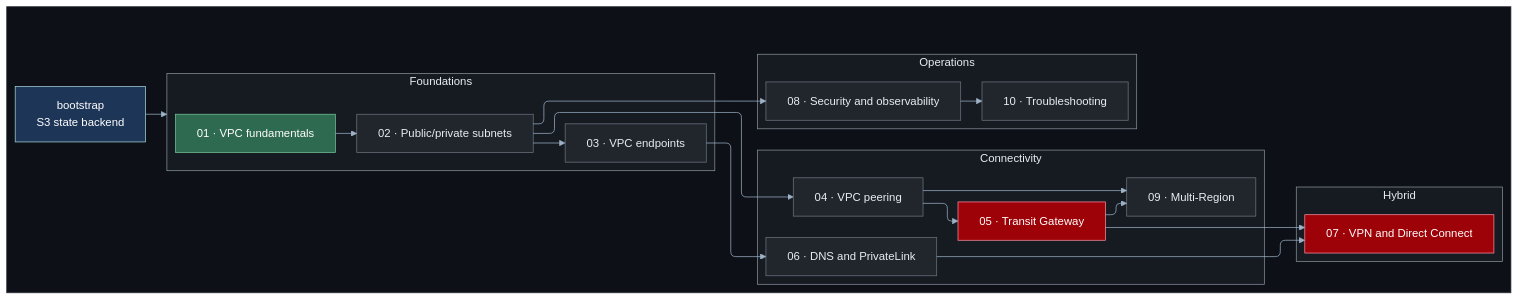
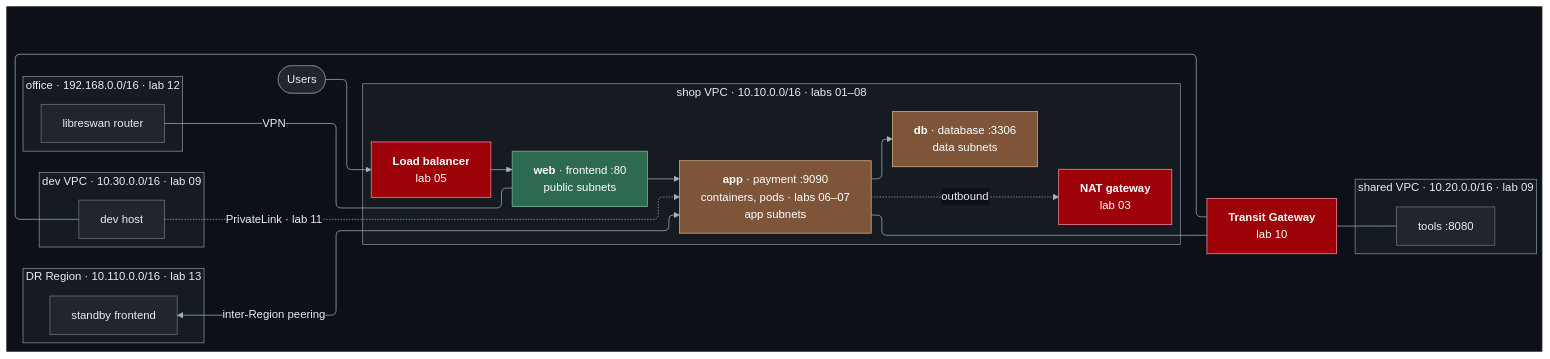
One commit to HuyNguyen260398/aws-network-architecture changed the diagram in README.md. Above: the diagram before and after it, drawn with Mermaid. The commit also changed other lines of this file and 13 other files, not shown here.

````diff
--- a/README.md
+++ b/README.md
@@ -175,65 +200,69 @@
 ```mermaid
 ---
 config:
   layout: elk
   theme: base
   themeVariables:
     lineColor: "#9fb3c8"
     textColor: "#e6edf3"
     primaryColor: "#21262d"
     primaryTextColor: "#e6edf3"
     primaryBorderColor: "#6e7681"
     edgeLabelBackground: "#0d1117"
     clusterBkg: "#161b22"
     clusterBorder: "#6e7681"
     titleColor: "#e6edf3"
   flowchart:
     curve: rounded
     wrappingWidth: 420
 ---
 flowchart LR
     subgraph CANVAS[" "]
-        subgraph FOUND["Foundations"]
-            L01["01 · VPC fundamentals"]
-            L02["02 · Public/private subnets"]
-            L03["03 · VPC endpoints"]
-        end
-        subgraph CONN["Connectivity"]
-            L04["04 · VPC peering"]
-            L05["05 · Transit Gateway"]
-            L06["06 · DNS and PrivateLink"]
-            L09["09 · Multi-Region"]
-        end
-        subgraph HYB["Hybrid"]
-            L07["07 · VPN and Direct Connect"]
-        end
-        subgraph OPS["Operations"]
-            L08["08 · Security and observability"]
-            L10["10 · Troubleshooting"]
+        USERS(["Users"])
+
+        subgraph OFFICE["office · 192.168.0.0/16 · lab 12"]
+            RTR["libreswan router"]
         end
 
-        BOOT["bootstrap<br/>S3 state backend"]
+        subgraph SHOP["shop VPC · 10.10.0.0/16 · labs 01–08"]
+            ALB["<b>Load balancer</b><br/>lab 05"]
+            WEB["<b>web</b> · frontend :80<br/>public subnets"]
+            APP["<b>app</b> · payment :9090<br/>containers, pods · labs 06–07<br/>app subnets"]
+            DB["<b>db</b> · database :3306<br/>data subnets"]
+            NAT["<b>NAT gateway</b><br/>lab 03"]
+        end
+
+        TGW["<b>Transit Gateway</b><br/>lab 10"]
+
+        subgraph SHARED["shared VPC · 10.20.0.0/16 · lab 09"]
+            TOOLS["tools :8080"]
+        end
+        subgraph DEV["dev VPC · 10.30.0.0/16 · lab 09"]
+            DEVH["dev host"]
+        end
+        subgraph DR["DR Region · 10.110.0.0/16 · lab 13"]
+            DRH["standby frontend"]
+        end
     end
 
-    BOOT --> FOUND
-    L01 --> L02 --> L03
-    L02 --> L04 --> L05
-    L03 --> L06
-    L05 --> L07
-    L06 --> L07
-    L04 --> L09
-    L05 --> L09
-    L02 --> L08 --> L10
+    USERS --> ALB --> WEB --> APP --> DB
+    APP -.->|"outbound"| NAT
+    RTR ---|"VPN"| WEB
+    APP --- TGW
+    TGW --- TOOLS
+    TGW --- DEVH
+    DEVH -.->|"PrivateLink · lab 11"| APP
+    DRH <-->|"inter-Region peering"| APP
 
     classDef canvas fill:#0d1117,stroke:#30363d,color:#e6edf3
     classDef vpc fill:#161b22,stroke:#8b949e,color:#e6edf3
     classDef free fill:#2d6a4f,stroke:#74c69d,color:#fff
-    classDef gateway fill:#1d3557,stroke:#a8dadc,color:#fff
+    classDef private fill:#7f5539,stroke:#ddb892,color:#fff
     classDef billed fill:#9d0208,stroke:#ff8fa3,color:#fff
 
     class CANVAS canvas
-    class FOUND,CONN,HYB,OPS vpc
-    class L01 free
-    class BOOT gateway
-    class L05,L07 billed
+    class SHOP,SHARED,DEV,DR,OFFICE vpc
+    class WEB free
+    class APP,DB private
+    class ALB,NAT,TGW billed
 ```
````
